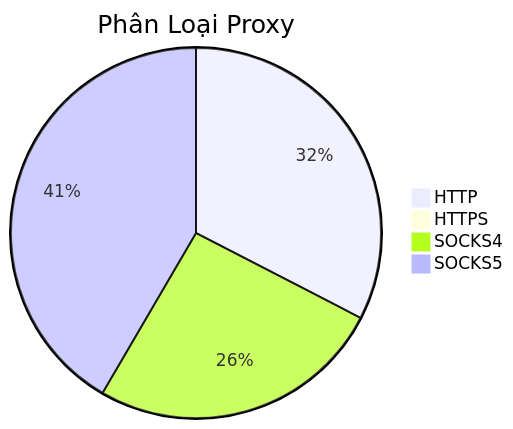
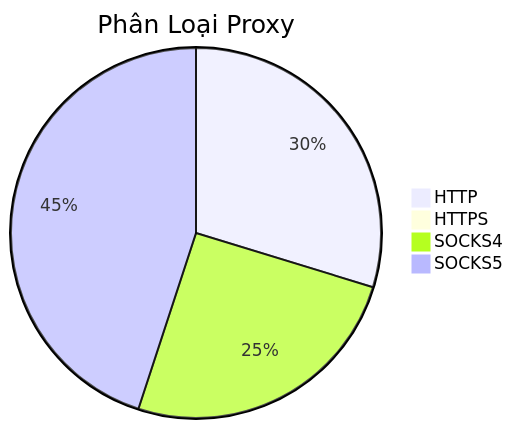
Before and after one commit to Ciara-Aa/PROXY-free: the diagram in README.md, drawn with Mermaid. The commit also changed other lines of this file and 4 other files, not shown here.

````diff
--- a/README.md
+++ b/README.md
@@ -26,7 +26,7 @@
 ```mermaid
 pie title Phân Loại Proxy
-    "HTTP" : 304
-    "HTTPS" : 3
-    "SOCKS4" : 241
-    "SOCKS5" : 388
+    "HTTP" : 242
+    "HTTPS" : 0
+    "SOCKS4" : 206
+    "SOCKS5" : 366
 ```
````
